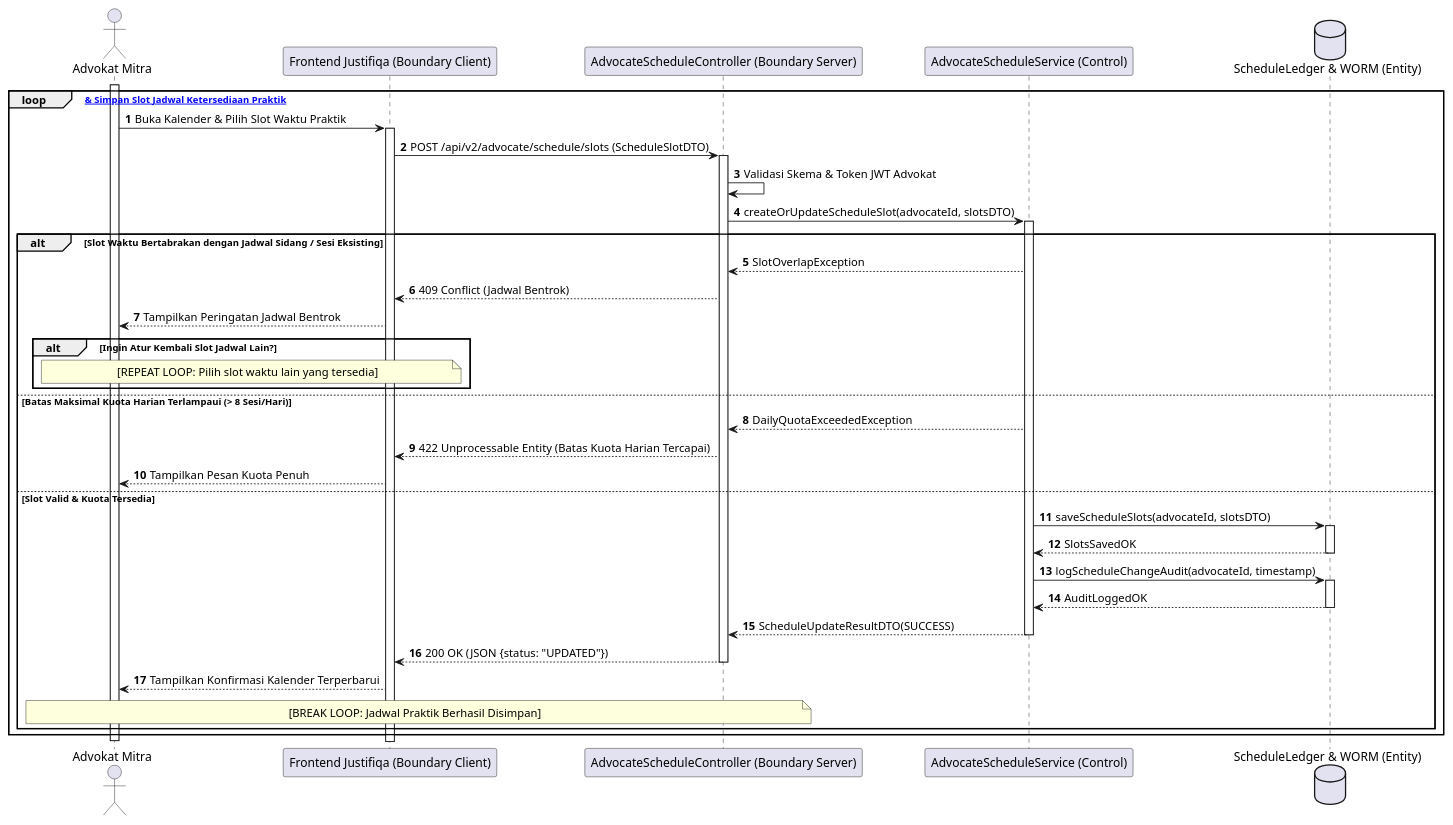
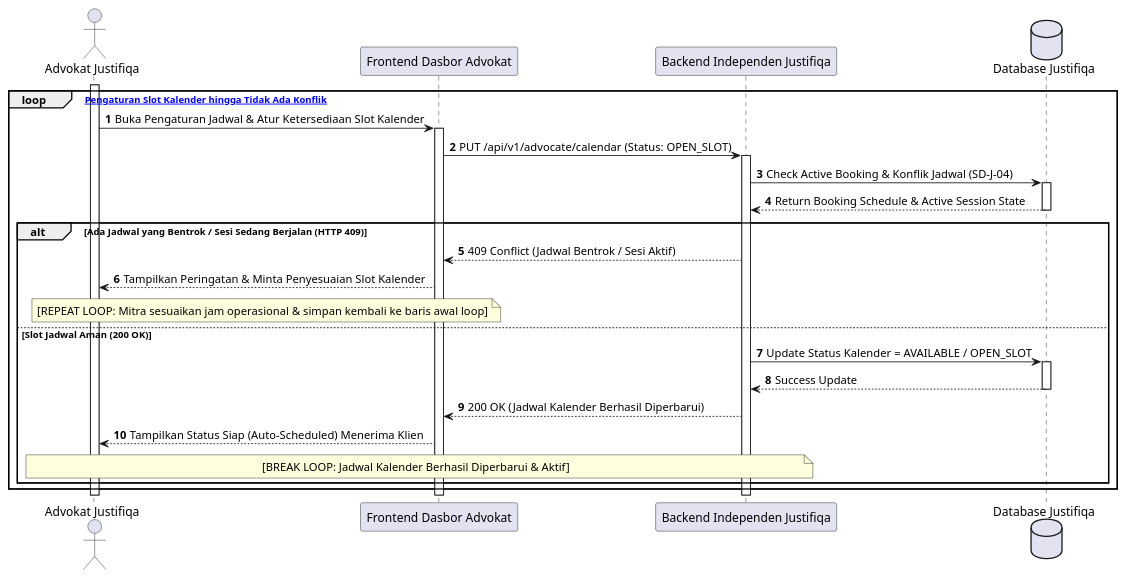
The fourth of 28 diagrams in MarkDown/plantuml_sequence_diagrams.md (tupperwureism/SuperApp-Gagal), drawn with PlantUML before and after one commit. The commit also changed other lines of this file and 3 other files, not shown here.

````diff
--- a/MarkDown/plantuml_sequence_diagrams.md
+++ b/MarkDown/plantuml_sequence_diagrams.md
@@ -319,41 +459,33 @@
 ```plantuml
 @startuml
 autonumber
-actor "Advokat Mitra" as User
-participant "Frontend Justifiqa (Boundary Client)" as B_FE
-participant "AdvocateScheduleController (Boundary Server)" as B_BE
-participant "AdvocateScheduleService (Control)" as C_Svc
-database "ScheduleLedger & WORM (Entity)" as E_DB
+actor "Advokat Justifiqa" as Mitra
+participant "Frontend Dasbor Advokat" as FE
+participant "Backend Independen Justifiqa" as BE
+database "Database Justifiqa" as DB
 
-activate User
-loop [Atur & Simpan Slot Jadwal Ketersediaan Praktik]
-    User -> B_FE ++ : Buka Kalender & Pilih Slot Waktu Praktik
-    B_FE -> B_BE ++ : POST /api/v2/advocate/schedule/slots (ScheduleSlotDTO)
-    B_BE -> B_BE : Validasi Skema & Token JWT Advokat
-    B_BE -> C_Svc ++ : createOrUpdateScheduleSlot(advocateId, slotsDTO)
+activate Mitra
+loop [Percobaan Pengaturan Slot Kalender hingga Tidak Ada Konflik]
+    Mitra -> FE ++ : Buka Pengaturan Jadwal & Atur Ketersediaan Slot Kalender
+    FE -> BE ++ : PUT /api/v1/advocate/calendar (Status: OPEN_SLOT)
 
-    alt Slot Waktu Bertabrakan dengan Jadwal Sidang / Sesi Eksisting
-        C_Svc --> B_BE : SlotOverlapException
-        B_BE --> B_FE : 409 Conflict (Jadwal Bentrok)
-        B_FE --> User : Tampilkan Peringatan Jadwal Bentrok
-        alt Ingin Atur Kembali Slot Jadwal Lain?
-            note over User, B_FE : [REPEAT LOOP: Pilih slot waktu lain yang tersedia]
-        end
-    else Batas Maksimal Kuota Harian Terlampaui (> 8 Sesi/Hari)
-        C_Svc --> B_BE : DailyQuotaExceededException
-        B_BE --> B_FE : 422 Unprocessable Entity (Batas Kuota Harian Tercapai)
-        B_FE --> User : Tampilkan Pesan Kuota Penuh
-    else Slot Valid & Kuota Tersedia
-        C_Svc -> E_DB ++ : saveScheduleSlots(advocateId, slotsDTO)
-        E_DB --> C_Svc -- : SlotsSavedOK
-        C_Svc -> E_DB ++ : logScheduleChangeAudit(advocateId, timestamp)
-        E_DB --> C_Svc -- : AuditLoggedOK
-        C_Svc --> B_BE -- : ScheduleUpdateResultDTO(SUCCESS)
-        B_BE --> B_FE -- : 200 OK (JSON {status: "UPDATED"})
-        B_FE --> User : Tampilkan Konfirmasi Kalender Terperbarui
-        note over User, B_BE : [BREAK LOOP: Jadwal Praktik Berhasil Disimpan]
+    BE -> DB ++ : Check Active Booking & Konflik Jadwal (SD-J-04)
+    DB --> BE -- : Return Booking Schedule & Active Session State
+
+    alt Ada Jadwal yang Bentrok / Sesi Sedang Berjalan (HTTP 409)
+        BE --> FE : 409 Conflict (Jadwal Bentrok / Sesi Aktif)
+        FE --> Mitra : Tampilkan Peringatan & Minta Penyesuaian Slot Kalender
+        note over Mitra, FE : [REPEAT LOOP: Mitra sesuaikan jam operasional & simpan kembali ke baris awal loop]
+    else Slot Jadwal Aman (200 OK)
+        BE -> DB ++ : Update Status Kalender = AVAILABLE / OPEN_SLOT
+        DB --> BE -- : Success Update
+        BE --> FE : 200 OK (Jadwal Kalender Berhasil Diperbarui)
+        FE --> Mitra : Tampilkan Status Siap (Auto-Scheduled) Menerima Klien
+        note over Mitra, BE : [BREAK LOOP: Jadwal Kalender Berhasil Diperbarui & Aktif]
     end
 end
-deactivate User
+deactivate BE
+deactivate FE
+deactivate Mitra
 @enduml
 ```
````
